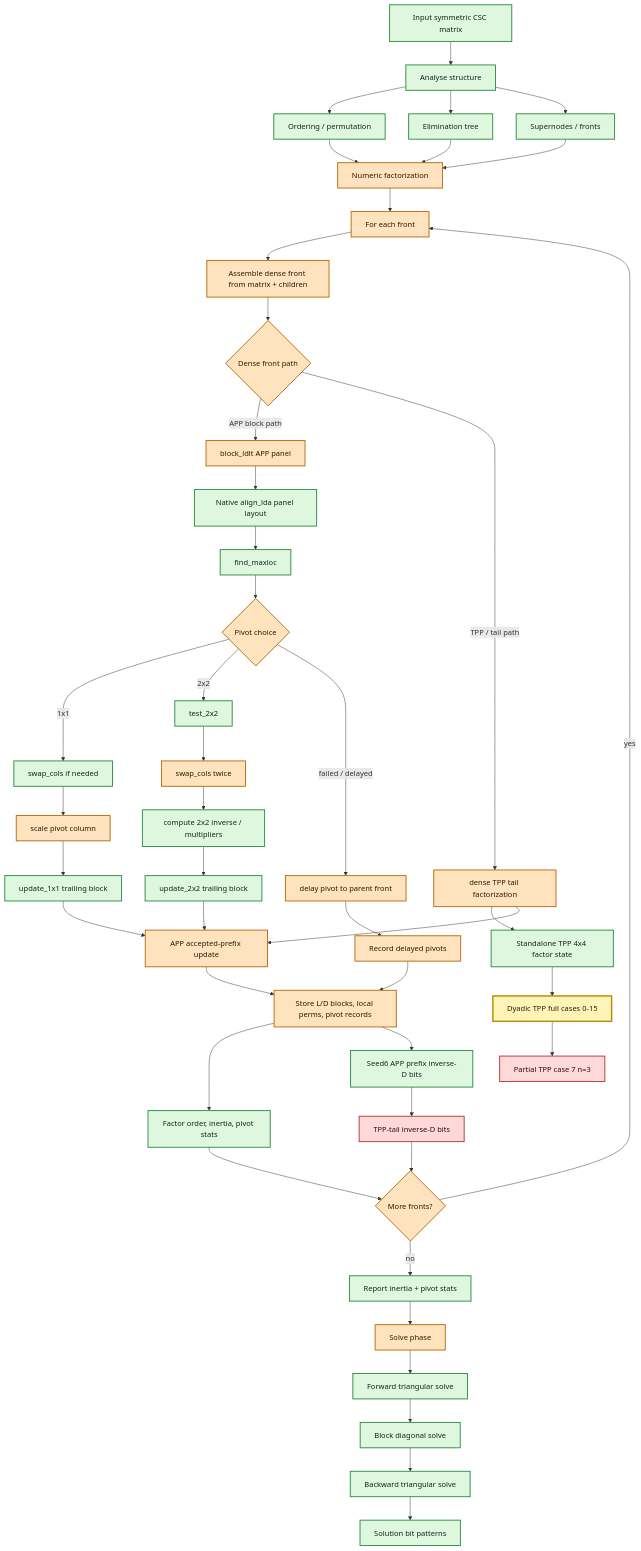
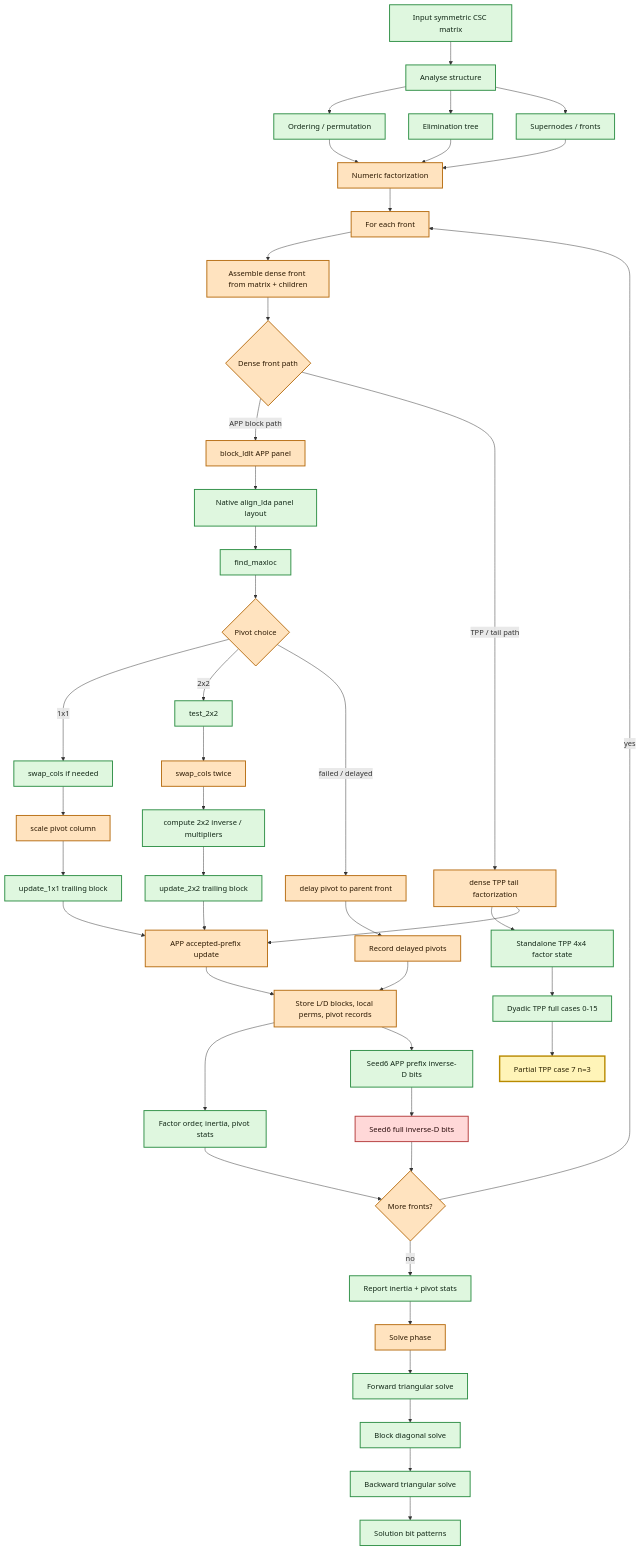
The diagram in docs/spral-ssids-parity-flow.md (ghorn/optivibre), drawn with Mermaid before and after one commit. The commit also changed other lines of this file and 1 other file, not shown here.

Commit message:
Match SPRAL TPP one-column updates

````diff
--- a/docs/spral-ssids-parity-flow.md
+++ b/docs/spral-ssids-parity-flow.md
@@ -17,66 +17,66 @@
 ```mermaid
 flowchart TD
     A["Input symmetric CSC matrix"] --> B["Analyse structure"]
     B --> B1["Ordering / permutation"]
     B --> B2["Elimination tree"]
     B --> B3["Supernodes / fronts"]
 
     B1 --> C["Numeric factorization"]
     B2 --> C
     B3 --> C
 
     C --> D["For each front"]
     D --> E["Assemble dense front from matrix + children"]
     E --> F{"Dense front path"}
 
     F -->|"APP block path"| G["block_ldlt APP panel"]
     F -->|"TPP / tail path"| H["dense TPP tail factorization"]
     H --> H1["Standalone TPP 4x4 factor state"]
     H1 --> H2["Dyadic TPP full cases 0-15"]
     H2 --> H3["Partial TPP case 7 n=3"]
 
     G --> G0["Native align_lda panel layout"]
     G0 --> G1["find_maxloc"]
     G1 --> G2{"Pivot choice"}
     G2 -->|"1x1"| G3["swap_cols if needed"]
     G3 --> G4["scale pivot column"]
     G4 --> G5["update_1x1 trailing block"]
 
     G2 -->|"2x2"| G6["test_2x2"]
     G6 --> G7["swap_cols twice"]
     G7 --> G8["compute 2x2 inverse / multipliers"]
     G8 --> G9["update_2x2 trailing block"]
 
     G2 -->|"failed / delayed"| G10["delay pivot to parent front"]
 
     G5 --> I["APP accepted-prefix update"]
     G9 --> I
     G10 --> J["Record delayed pivots"]
     H --> I
 
     I --> K["Store L/D blocks, local perms, pivot records"]
     K --> K1["Factor order, inertia, pivot stats"]
     K --> K2["Seed6 APP prefix inverse-D bits"]
-    K2 --> K3["TPP-tail inverse-D bits"]
+    K2 --> K3["Seed6 full inverse-D bits"]
     J --> K
     K1 --> L{"More fronts?"}
     K3 --> L
     L -->|"yes"| D
     L -->|"no"| M["Report inertia + pivot stats"]
 
     M --> N["Solve phase"]
     N --> O["Forward triangular solve"]
     O --> P["Block diagonal solve"]
     P --> Q["Backward triangular solve"]
     Q --> R["Solution bit patterns"]
 
     classDef match fill:#dff7df,stroke:#2f8f46,color:#102615,stroke-width:2px;
     classDef newly fill:#fff4b8,stroke:#b88a00,color:#2a2100,stroke-width:3px;
     classDef partial fill:#ffe3bf,stroke:#b76d12,color:#2b1800,stroke-width:2px;
     classDef open fill:#ffd8d8,stroke:#b43b3b,color:#2b0d0d,stroke-width:2px;
 
-    class A,B,B1,B2,B3,G0,G1,G3,G5,G6,G8,G9,H1,K1,K2,M,O,P,Q,R match;
-    class H2 newly;
+    class A,B,B1,B2,B3,G0,G1,G3,G5,G6,G8,G9,H1,H2,K1,K2,M,O,P,Q,R match;
+    class H3 newly;
     class C,D,E,F,G,G2,G4,G7,G10,H,I,J,K,L,N partial;
-    class H3,K3 open;
+    class K3 open;
 ```
````
